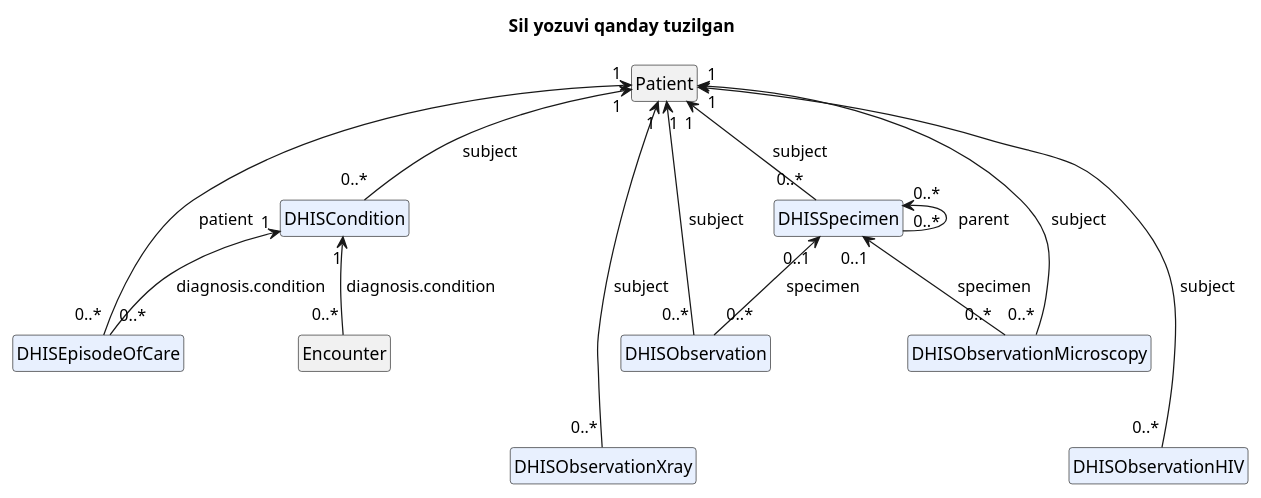
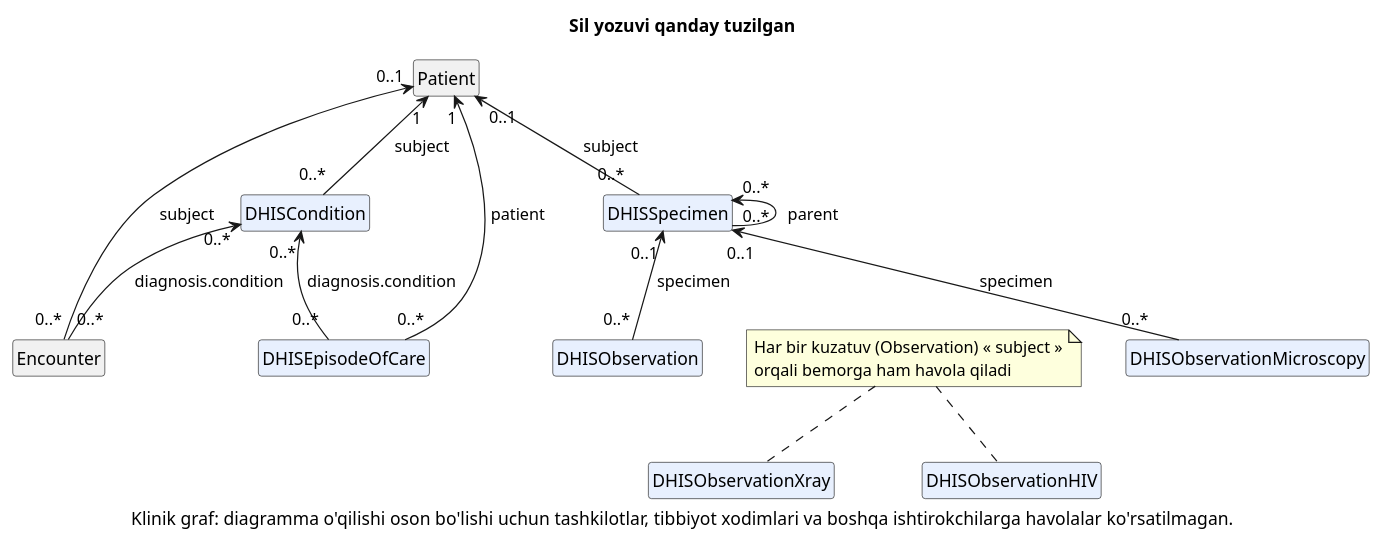
The diagram in input/images-source/tuberculosis-model-uz.plantuml (icmrnbw/digital-health-integration), drawn with PlantUML before and after one commit. The commit also changed 29 other files, not shown here.

First line of the commit message:
Integration diagrams: all profiles, clinical graph (#104)

```diff
--- a/input/images-source/tuberculosis-model-uz.plantuml
+++ b/input/images-source/tuberculosis-model-uz.plantuml
@@ -1,34 +1,37 @@
 @startuml tuberculosis-model-uz
 hide circle
 hide empty members
 title Sil yozuvi qanday tuzilgan
 
 class Patient [[https://dhp.uz/fhir/core/StructureDefinition-uz-core-patient.html{UZ Core Patient profilini ochish}]]
 class Encounter [[https://dhp.uz/fhir/core/StructureDefinition-uz-core-encounter.html{UZ Core Encounter profilini ochish}]]
 class DHISEpisodeOfCare [[StructureDefinition-dhis-episode-of-care.html{DHISEpisodeOfCare profilini ochish}]] #E8F0FE
 class DHISCondition [[StructureDefinition-dhis-condition.html{DHISCondition profilini ochish}]] #E8F0FE
 class DHISSpecimen [[StructureDefinition-dhis-specimen.html{DHISSpecimen profilini ochish}]] #E8F0FE
 class DHISObservation [[StructureDefinition-dhis-observation.html{DHISObservation profilini ochish}]] #E8F0FE
 class DHISObservationMicroscopy [[StructureDefinition-dhis-observation-microscopy.html{DHISObservationMicroscopy profilini ochish}]] #E8F0FE
 class DHISObservationXray [[StructureDefinition-dhis-observation-xray.html{DHISObservationXray profilini ochish}]] #E8F0FE
 class DHISObservationHIV [[StructureDefinition-dhis-observation-hiv.html{DHISObservationHIV profilini ochish}]] #E8F0FE
 
 Patient "1" <-- "0..*" DHISEpisodeOfCare : « patient »
 Patient "1" <-- "0..*" DHISCondition : « subject »
-Patient "1" <-- "0..*" DHISSpecimen : « subject »
-DHISCondition "1" <-- "0..*" DHISEpisodeOfCare : « diagnosis.condition »
-DHISCondition "1" <-- "0..*" Encounter : « diagnosis.condition »
+Patient "0..1" <-- "0..*" Encounter : « subject »
+Patient "0..1" <-- "0..*" DHISSpecimen : « subject »
+DHISCondition "0..*" <-- "0..*" DHISEpisodeOfCare : « diagnosis.condition »
+DHISCondition "0..*" <-- "0..*" Encounter : « diagnosis.condition »
 DHISSpecimen "0..*" <-- "0..*" DHISSpecimen : « parent »
 DHISSpecimen "0..1" <-- "0..*" DHISObservation : « specimen »
-Patient "1" <-- "0..*" DHISObservation : « subject »
 DHISSpecimen "0..1" <-- "0..*" DHISObservationMicroscopy : « specimen »
-Patient "1" <-- "0..*" DHISObservationMicroscopy : « subject »
-Patient "1" <-- "0..*" DHISObservationXray : « subject »
-Patient "1" <-- "0..*" DHISObservationHIV : « subject »
 
-' keep the diagram inside the page column: drop the two patient-only
-' results onto a lower rank instead of one wide row
+note "Har bir kuzatuv (Observation) « subject »\norqali bemorga ham havola qiladi" as N1
+N1 .. DHISObservationXray
+N1 .. DHISObservationHIV
+
+' keep the diagram inside the page column: the four results sit on
+' a lower rank, with the two patient-only results under the note
 DHISObservation -[hidden]down- DHISObservationXray
 DHISObservationMicroscopy -[hidden]down- DHISObservationHIV
 
+caption Klinik graf: diagramma o'qilishi oson bo'lishi uchun tashkilotlar, tibbiyot xodimlari va boshqa ishtirokchilarga havolalar ko'rsatilmagan.
+
 @enduml
```
